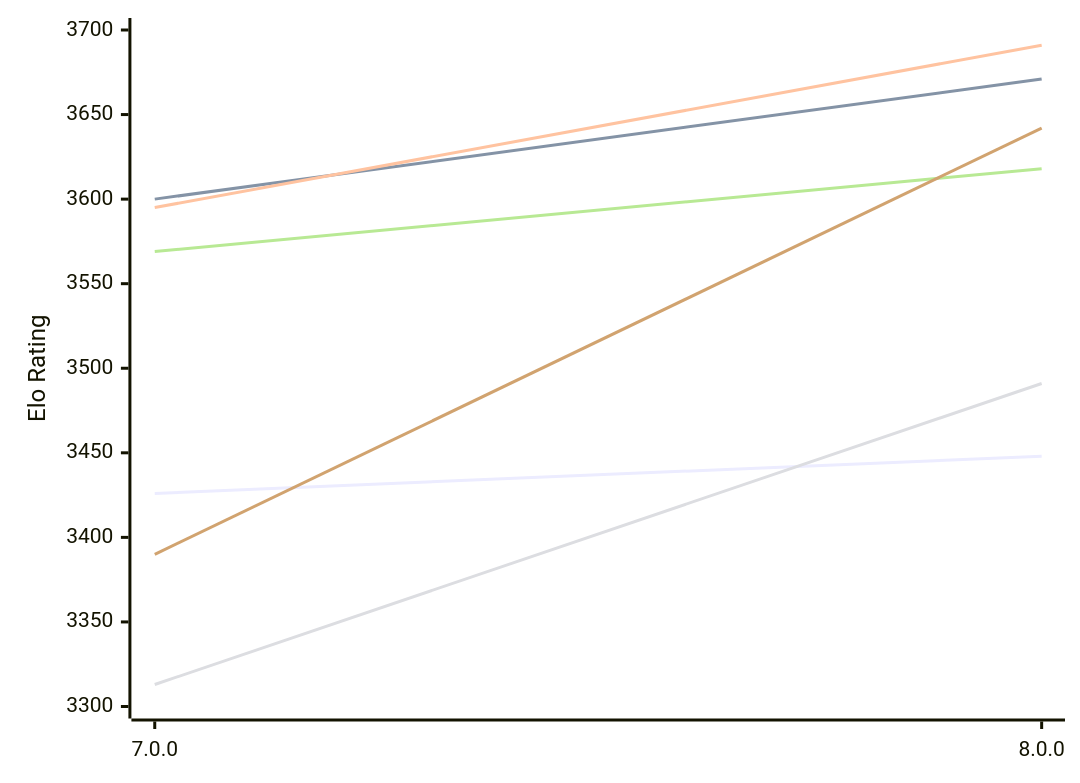
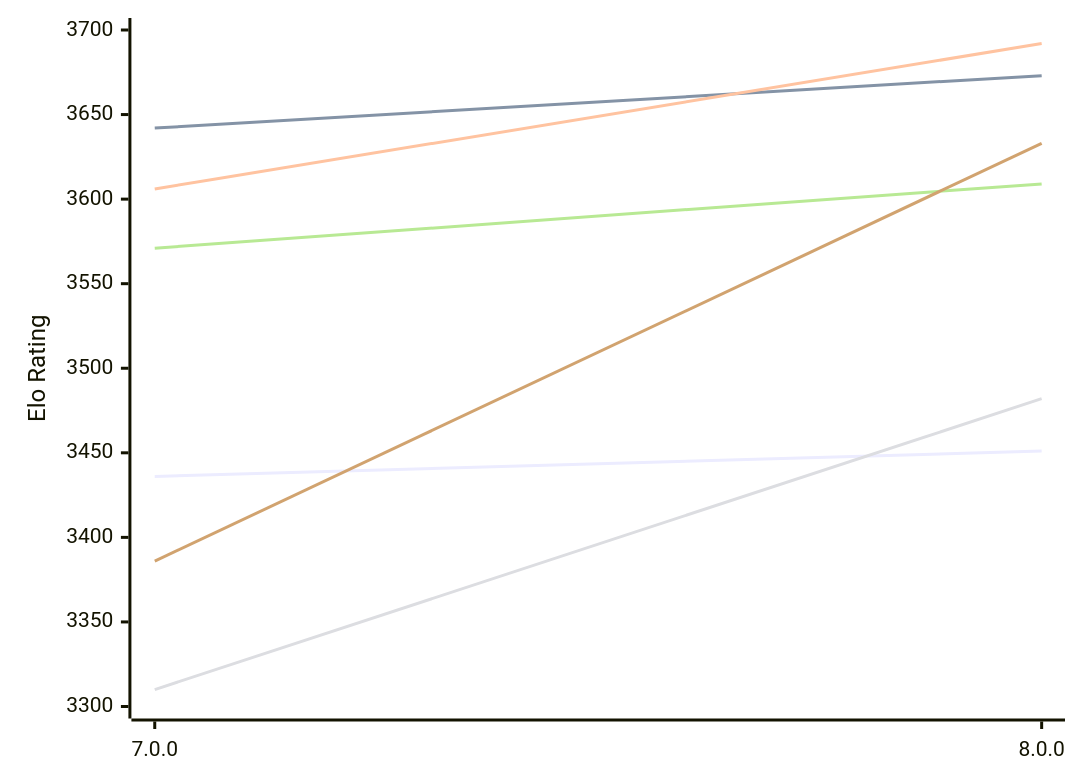
The first of 2 diagrams in engines/PlentyChess.md (computer-chess-index/cci), drawn with Mermaid before and after one commit. The commit also changed other lines of this file, not shown here.

Commit message:
Update CCI Ratings (ELO VLTC) - 2026-11-15

````diff
--- a/engines/PlentyChess.md
+++ b/engines/PlentyChess.md
@@ -55,12 +55,12 @@
 ```mermaid
 %%{init: {"theme":"base","themeVariables":{"seriesColors:['#a3a3a3','#222221','#faa371']}}}%%
 xychart-beta
   x-axis ["7.0.0", "8.0.0"]
   y-axis "Elo Rating" 3300 --> 3700
-  line "E1: STC (8.0+0.08s)" [3426, 3448]
-  line "E1: LTC (60.0+0.60s)" [3600, 3671]
-  line "E1: VLTC (2m24s+1.12s)" [3595, 3691]
-  line "P1: STC (8.0+0.08s)" [3313, 3491]
-  line "P1: LTC (60.0+0.60s)" [3569, 3618]
-  line "P1: VLTC (2m24s+1.12s)" [3390, 3642]
+  line "E1: STC (8.0+0.08s)" [3436, 3451]
+  line "E1: LTC (60.0+0.60s)" [3642, 3673]
+  line "E1: VLTC (2m24s+1.12s)" [3606, 3692]
+  line "P1: STC (8.0+0.08s)" [3310, 3482]
+  line "P1: LTC (60.0+0.60s)" [3571, 3609]
+  line "P1: VLTC (2m24s+1.12s)" [3386, 3633]
 ```
````
